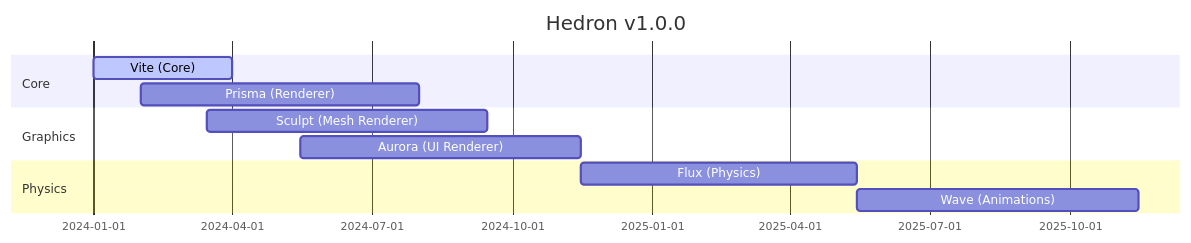
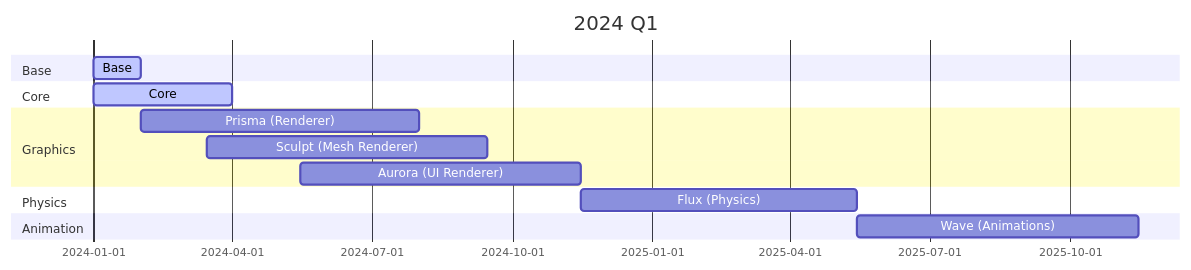
Before and after one commit to dodecai/hedron: the second of 3 diagrams in Guide/Roadmap.md, drawn with Mermaid. The commit also changed other lines of this file and 6 other files, not shown here.

Commit message:
Finish Chrono, Random, String and Timers Update Roadmap

````diff
--- a/Guide/Roadmap.md
+++ b/Guide/Roadmap.md
@@ -4,19 +21,23 @@
 ```mermaid
 gantt
-
-dateFormat  YYYY-MM-DD
-title Hedron v1.0.0
+title 2024 Q1
 excludes weekdays 2024-01-01
 
+section Base
+Base                    :active,    m1, 2024-01-01, 1M
+
 section Core
-Vite (Core)             :active,    m1, 2024-01-01, 3M
+Core                    :active,    m1, 2024-01-01, 3M
+
+section Graphics
 Prisma (Renderer)       :           m2, 2024-02-01, 6M
-
 section Graphics
 Sculpt (Mesh Renderer)  :           m4, 2024-03-15, 6M
 Aurora (UI Renderer)    :           m5, 2024-05-15, 6M
 
 section Physics
 Flux (Physics)          :           m6, after m5, 6M
+
+section Animation
 Wave (Animations)       :           m7, after m6, 6M
 ```
````
